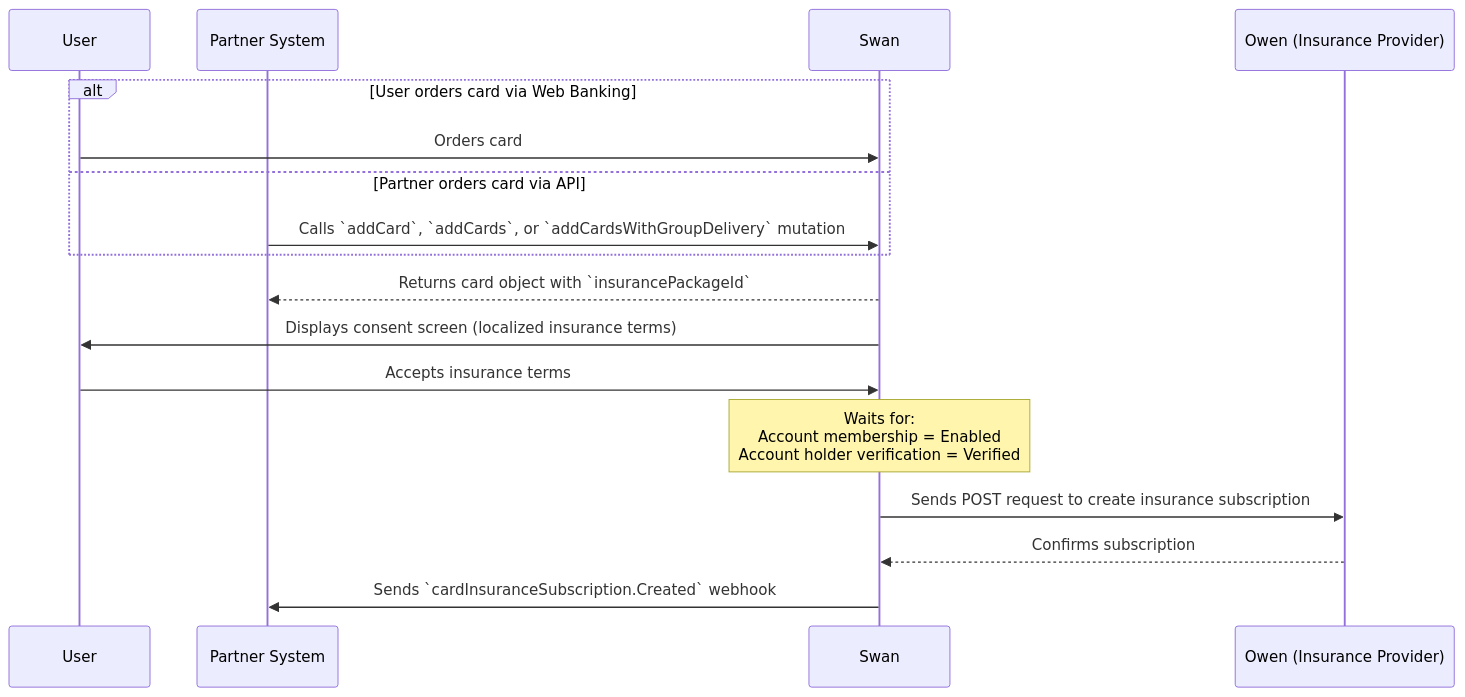
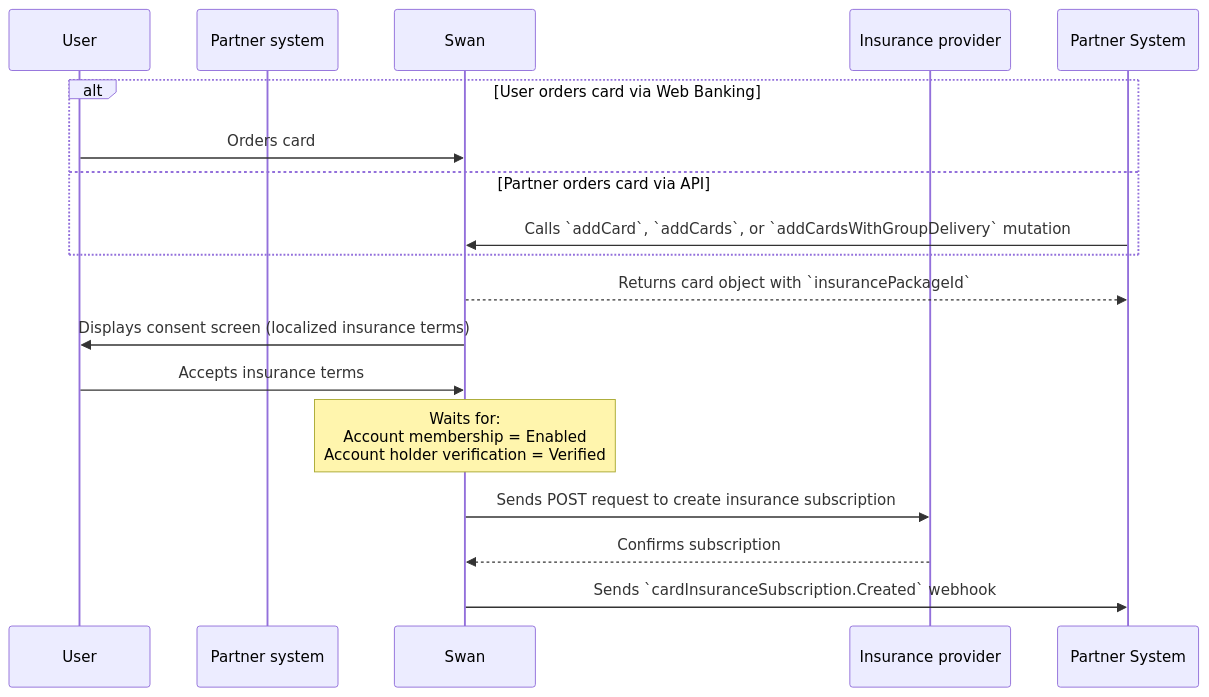
One commit to swan-io/docs changed the second of 2 diagrams in docs/topics/cards/overview/insurance-on-cards.mdx. Above: the diagram before and after it, drawn with Mermaid. The commit also changed other lines of this file, not shown here.

Commit message:
fixup! DOC-1082 Insurance on cards

````diff
--- a/docs/topics/cards/overview/insurance-on-cards.mdx
+++ b/docs/topics/cards/overview/insurance-on-cards.mdx
@@ -133,21 +137,21 @@
 ```mermaid
 sequenceDiagram
     participant User
-    participant Partner System
+    participant Partner system
     participant Swan
-    participant Owen (Insurance Provider)
+    participant Insurance provider
 
     alt User orders card via Web Banking
         User->>Swan: Orders card
     else Partner orders card via API
         Partner System->>Swan: Calls `addCard`, `addCards`, or `addCardsWithGroupDelivery` mutation
     end
 
     Swan-->>Partner System: Returns card object with `insurancePackageId`
     Swan->>User: Displays consent screen (localized insurance terms)
     User->>Swan: Accepts insurance terms
     Note over Swan: Waits for:<br>Account membership = Enabled<br>Account holder verification = Verified
-    Swan->>Owen (Insurance Provider): Sends POST request to create insurance subscription
-    Owen (Insurance Provider)-->>Swan: Confirms subscription
+    Swan->>Insurance provider: Sends POST request to create insurance subscription
+    Insurance provider-->>Swan: Confirms subscription
     Swan->>Partner System: Sends `cardInsuranceSubscription.Created` webhook
 ```
````
